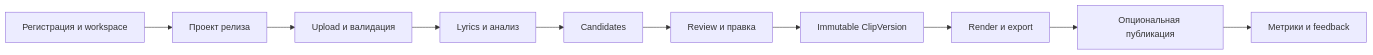
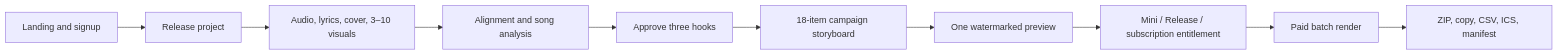
The diagram in doc/func-requirements/README.md (Tassadar2499/Hook2Stream), drawn with Mermaid before and after one commit. The commit also changed other lines of this file and 19 other files, not shown here.

````diff
--- a/doc/func-requirements/README.md
+++ b/doc/func-requirements/README.md
@@ -316,12 +84,12 @@
 ```mermaid
 flowchart LR
-    A["Регистрация и workspace"] --> B["Проект релиза"]
-    B --> C["Upload и валидация"]
-    C --> D["Lyrics и анализ"]
-    D --> E["Candidates"]
-    E --> F["Review и правка"]
-    F --> G["Immutable ClipVersion"]
-    G --> H["Render и export"]
-    H --> I["Опциональная публикация"]
-    I --> J["Метрики и feedback"]
+    A["Landing and signup"] --> B["Release project"]
+    B --> C["Audio, lyrics, cover, 3–10 visuals"]
+    C --> D["Alignment and song analysis"]
+    D --> E["Approve three hooks"]
+    E --> F["18-item campaign storyboard"]
+    F --> G["One watermarked preview"]
+    G --> H["Mini / Release / subscription entitlement"]
+    H --> I["Paid batch render"]
+    I --> J["ZIP, copy, CSV, ICS, manifest"]
 ```
````
